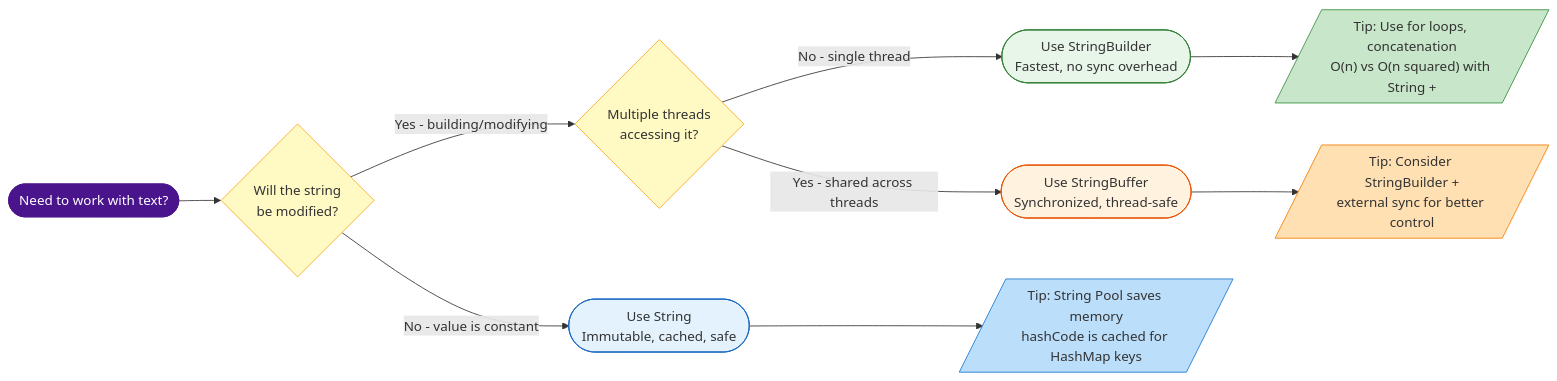
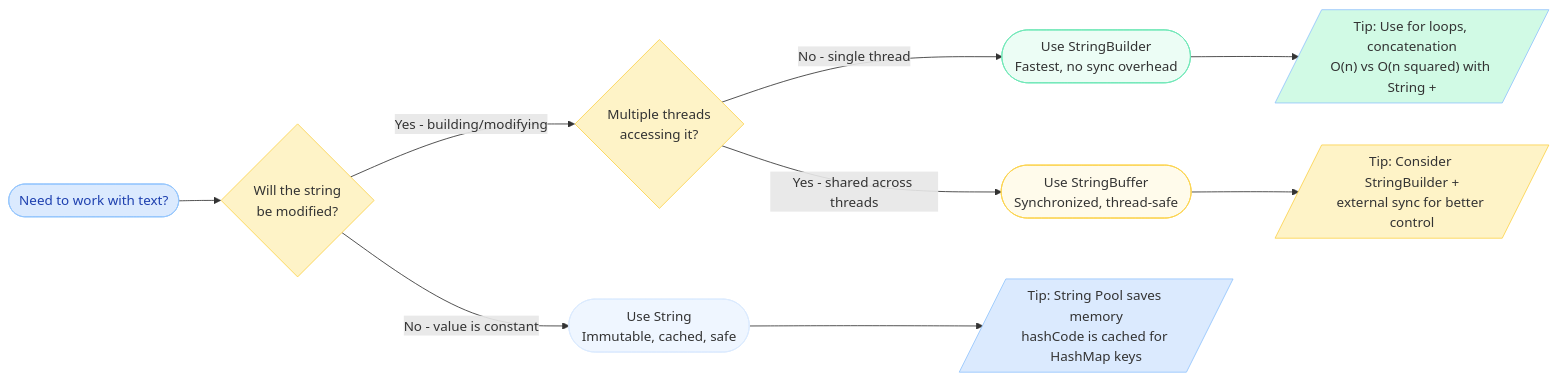
The second of 2 diagrams in docs/java/Strings.md (saivamsikaruturi/vamsilabs-dev-notes-main), drawn with Mermaid before and after one commit. The commit also changed other lines of this file and 220 other files, not shown here.

First line of the commit message:
Add 50+ new Java/Spring Boot pages, rewrite CSS code blocks to Oracle style, fix all diagram colors

````diff
--- a/docs/java/Strings.md
+++ b/docs/java/Strings.md
@@ -48,24 +48,24 @@
 ```mermaid
 flowchart LR
     START(["Need to work with text?"]) --> Q1{"Will the string<br/>be modified?"}
 
     Q1 -->|No - value is constant| STR(["Use String<br/>Immutable, cached, safe"])
     Q1 -->|Yes - building/modifying| Q2{"Multiple threads<br/>accessing it?"}
 
     Q2 -->|No - single thread| SB(["Use StringBuilder<br/>Fastest, no sync overhead"])
     Q2 -->|Yes - shared across threads| SBF(["Use StringBuffer<br/>Synchronized, thread-safe"])
 
     STR --> TIP1[/"Tip: String Pool saves memory<br/>hashCode is cached for HashMap keys"/]
     SB --> TIP2[/"Tip: Use for loops, concatenation<br/>O(n) vs O(n squared) with String +"/]
     SBF --> TIP3[/"Tip: Consider StringBuilder +<br/>external sync for better control"/]
 
-    style START fill:#4a148c,stroke:#4a148c,color:#ffffff
-    style Q1 fill:#fff9c4,stroke:#f9a825
-    style Q2 fill:#fff9c4,stroke:#f9a825
-    style STR fill:#e3f2fd,stroke:#1565c0
-    style SB fill:#e8f5e9,stroke:#2e7d32
-    style SBF fill:#fff3e0,stroke:#e65100
-    style TIP1 fill:#bbdefb,stroke:#1976d2
-    style TIP2 fill:#c8e6c9,stroke:#388e3c
-    style TIP3 fill:#ffe0b2,stroke:#f57c00
+    style START fill:#DBEAFE,stroke:#93C5FD,color:#1E40AF
+    style Q1 fill:#FEF3C7,stroke:#FCD34D
+    style Q2 fill:#FEF3C7,stroke:#FCD34D
+    style STR fill:#EFF6FF,stroke:#DBEAFE
+    style SB fill:#ECFDF5,stroke:#6EE7B7
+    style SBF fill:#FFFBEB,stroke:#FCD34D
+    style TIP1 fill:#DBEAFE,stroke:#93C5FD
+    style TIP2 fill:#D1FAE5,stroke:#93C5FD
+    style TIP3 fill:#FEF3C7,stroke:#FCD34D
 ```
````
